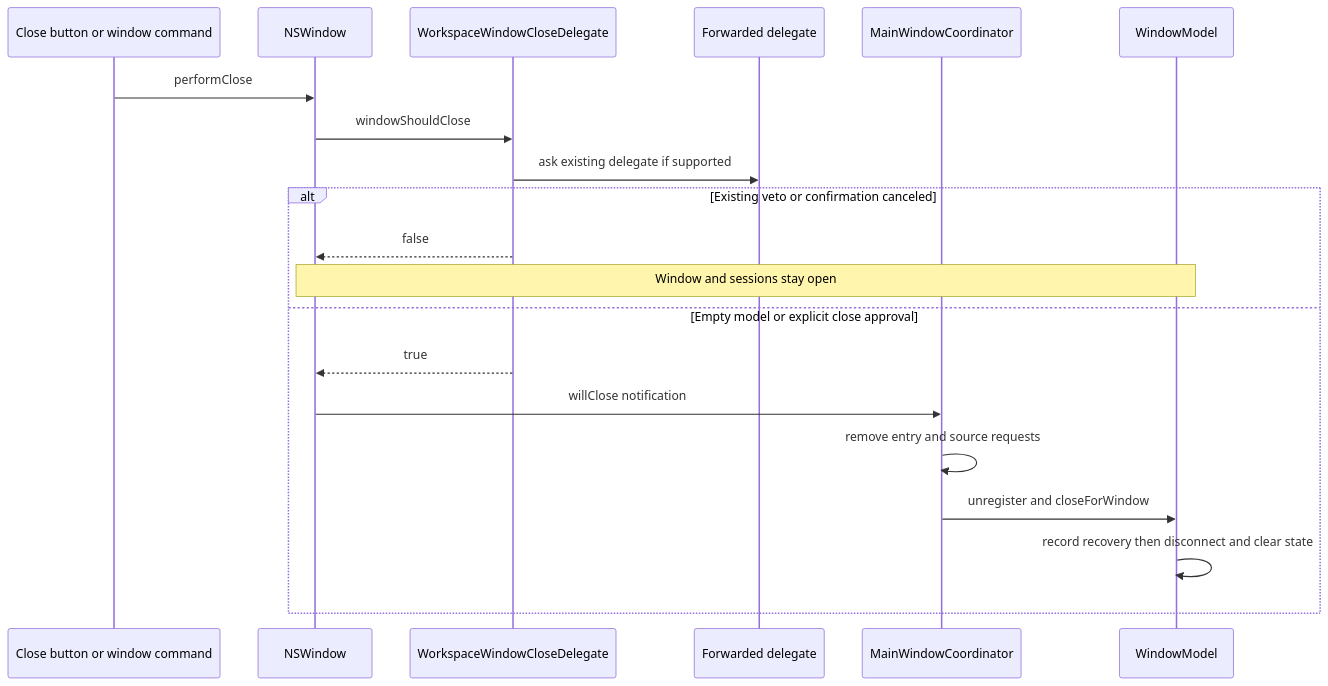
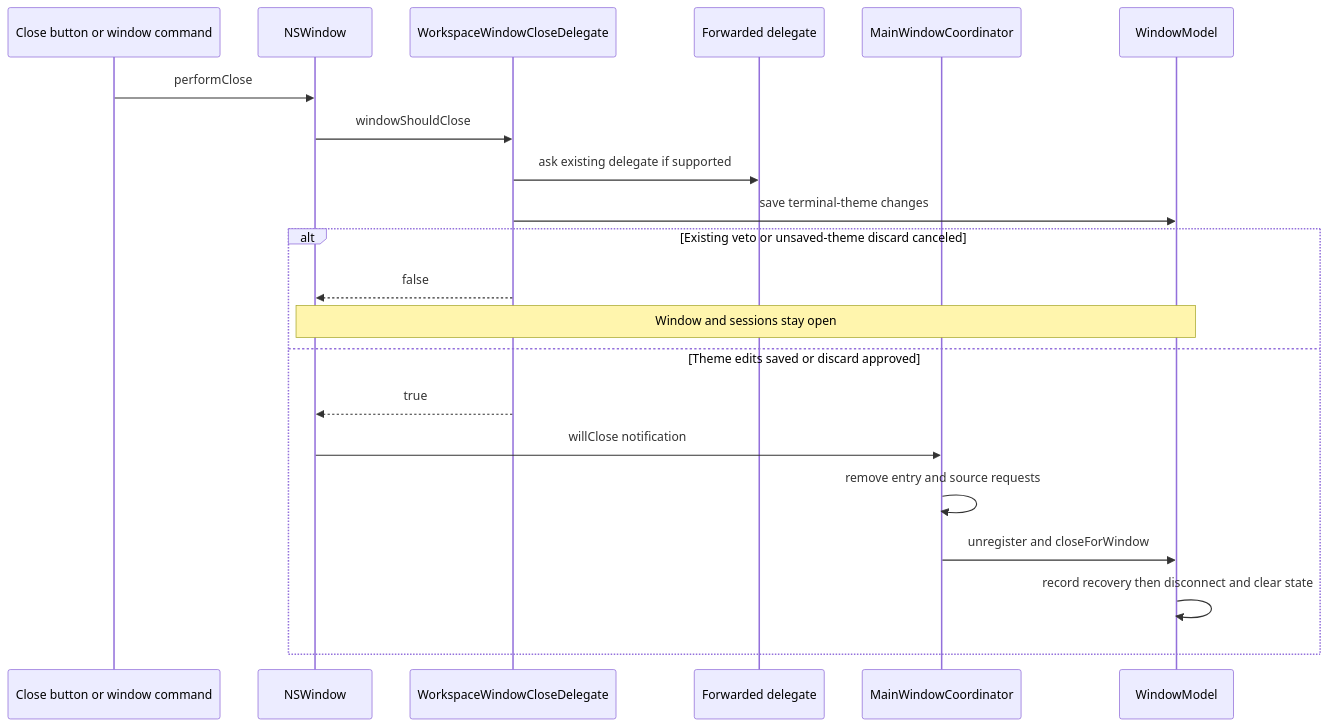
One commit to AkinoKaede/Termind changed the fourth of 7 diagrams in openwiki/architecture/desktop-ui.md. Above: the diagram before and after it, drawn with Mermaid. The commit also changed other lines of this file and 67 other files, not shown here.

````diff
--- a/openwiki/architecture/desktop-ui.md
+++ b/openwiki/architecture/desktop-ui.md
@@ -200,22 +201,23 @@
 ```mermaid
 sequenceDiagram
     participant Caller as Close button or window command
     participant Native as NSWindow
     participant Proxy as WorkspaceWindowCloseDelegate
     participant Prior as Forwarded delegate
     participant Coordinator as MainWindowCoordinator
     participant Model as WindowModel
     Caller->>Native: performClose
     Native->>Proxy: windowShouldClose
     Proxy->>Prior: ask existing delegate if supported
-    alt Existing veto or confirmation canceled
+    Proxy->>Model: save terminal-theme changes
+    alt Existing veto or unsaved-theme discard canceled
         Proxy-->>Native: false
         Note over Native,Model: Window and sessions stay open
-    else Empty model or explicit close approval
+    else Theme edits saved or discard approved
         Proxy-->>Native: true
         Native->>Coordinator: willClose notification
         Coordinator->>Coordinator: remove entry and source requests
         Coordinator->>Model: unregister and closeForWindow
         Model->>Model: record recovery then disconnect and clear state
     end
 ```
````
